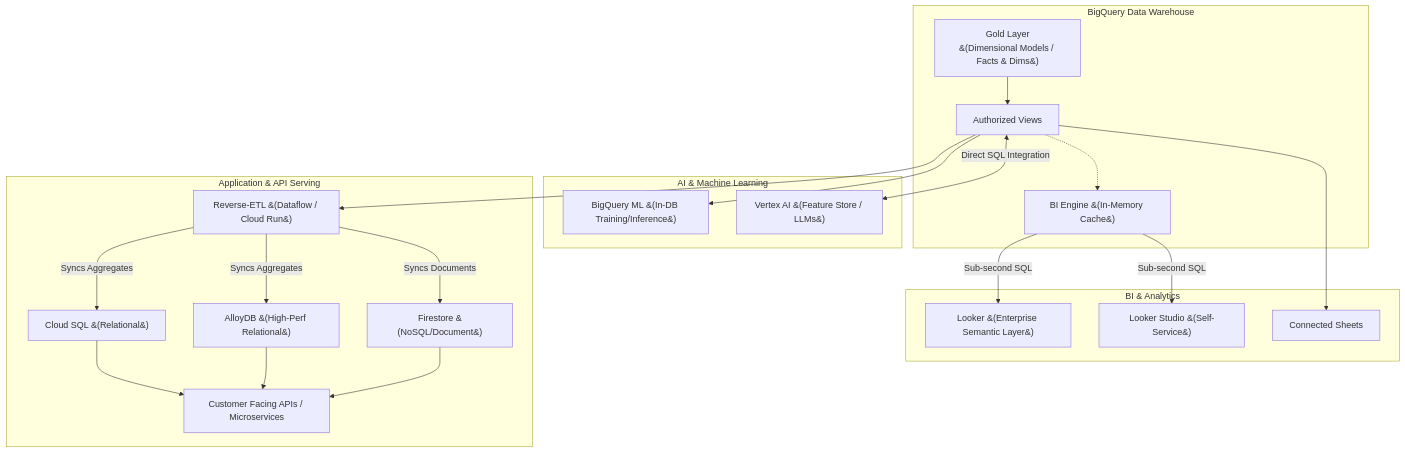
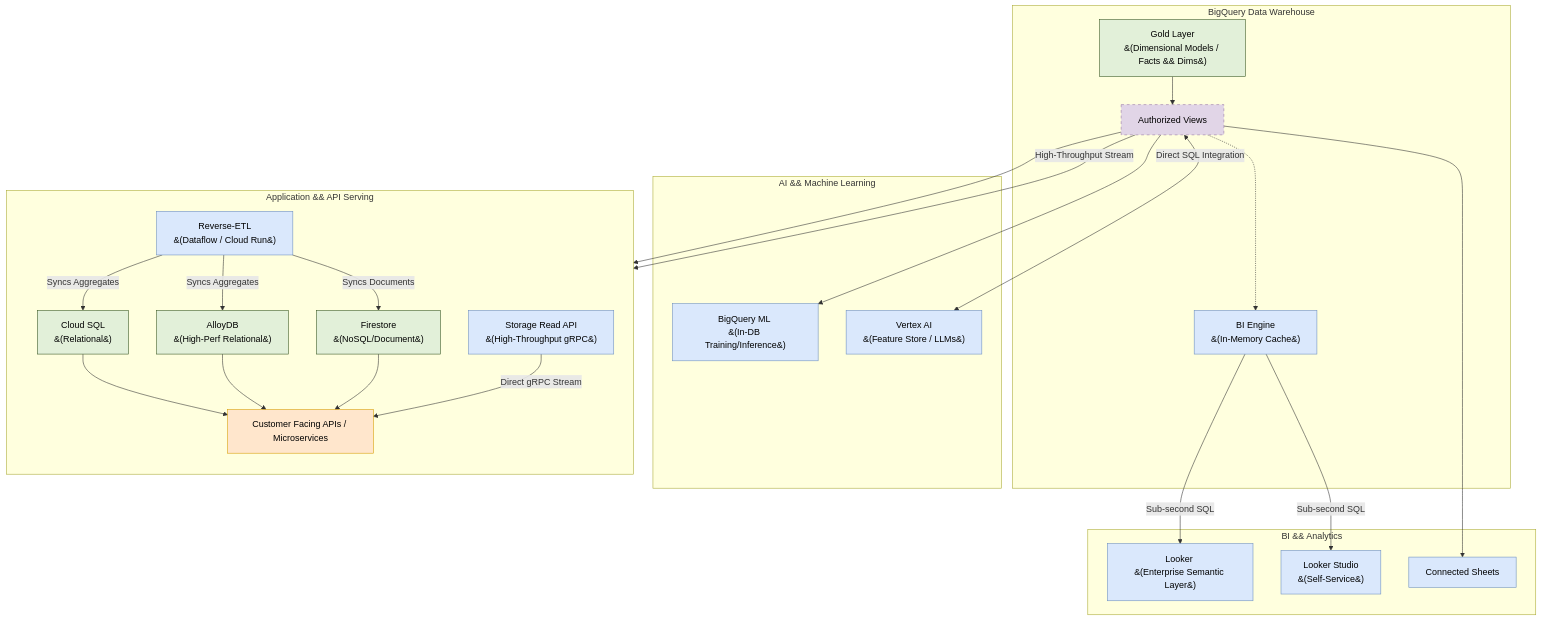
Before and after one commit to toanbui626391/data_architect: the diagram in gcp/bigquery_serving_architecture.md, drawn with Mermaid. The commit also changed other lines of this file, not shown here.

````diff
--- a/gcp/bigquery_serving_architecture.md
+++ b/gcp/bigquery_serving_architecture.md
@@ -24,44 +24,62 @@
 ```mermaid
 flowchart TD
     subgraph BQ [BigQuery Data Warehouse]
-        Gold[Gold Layer<br>&#40;Dimensional Models / Facts & Dims&#41;]
-        BI_Engine[BI Engine &#40;In-Memory Cache&#41;]
+        Gold[Gold Layer<br>&#40;Dimensional Models / Facts &#38; Dims&#41;]
+        BI_Engine[BI Engine <br>&#40;In-Memory Cache&#41;]
         AuthViews[Authorized Views]
         
         Gold --> AuthViews
         AuthViews -.-> BI_Engine
     end
 
-    subgraph BILayer [BI & Analytics]
-        Looker[Looker &#40;Enterprise Semantic Layer&#41;]
-        LookerStudio[Looker Studio &#40;Self-Service&#41;]
+    subgraph BILayer [BI &#38; Analytics]
+        Looker[Looker <br>&#40;Enterprise Semantic Layer&#41;]
+        LookerStudio[Looker Studio <br>&#40;Self-Service&#41;]
         Sheets[Connected Sheets]
         BI_Engine -->|Sub-second SQL| Looker
         BI_Engine -->|Sub-second SQL| LookerStudio
         AuthViews --> Sheets
     end
 
-    subgraph AILayer [AI & Machine Learning]
-        BQML[BigQuery ML &#40;In-DB Training/Inference&#41;]
-        Vertex[Vertex AI &#40;Feature Store / LLMs&#41;]
+    subgraph AILayer [AI &#38; Machine Learning]
+        BQML[BigQuery ML <br>&#40;In-DB Training/Inference&#41;]
+        Vertex[Vertex AI <br>&#40;Feature Store / LLMs&#41;]
         
         AuthViews --> BQML
         AuthViews <-->|Direct SQL Integration| Vertex
     end
 
-    subgraph AppLayer [Application & API Serving]
-        Dataflow[Reverse-ETL &#40;Dataflow / Cloud Run&#41;]
-        CloudSQL[Cloud SQL &#40;Relational&#41;]
-        AlloyDB[AlloyDB &#40;High-Perf Relational&#41;]
-        Firestore[Firestore &#40;NoSQL/Document&#41;]
+    subgraph AppLayer [Application &#38; API Serving]
+        direction TB
+        Dataflow[Reverse-ETL <br>&#40;Dataflow / Cloud Run&#41;]
+        CloudSQL[Cloud SQL <br>&#40;Relational&#41;]
+        AlloyDB[AlloyDB <br>&#40;High-Perf Relational&#41;]
+        Firestore[Firestore <br>&#40;NoSQL/Document&#41;]
+        StorageReadAPI[Storage Read API <br>&#40;High-Throughput gRPC&#41;]
         API[Customer Facing APIs / Microservices]
         
         AuthViews --> Dataflow
+        AuthViews -->|High-Throughput Stream| StorageReadAPI
         Dataflow -->|Syncs Aggregates| CloudSQL
         Dataflow -->|Syncs Aggregates| AlloyDB
         Dataflow -->|Syncs Documents| Firestore
         CloudSQL --> API
         AlloyDB --> API
         Firestore --> API
+        StorageReadAPI -->|Direct gRPC Stream| API
     end
+
+    %% Styling
+    classDef storage fill:#e2f0d9,stroke:#385723,stroke-width:1px,color:#000;
+    classDef process fill:#dae8fc,stroke:#6c8ebf,stroke-width:1px,color:#000;
+    classDef bus fill:#fff2cc,stroke:#d6b656,stroke-width:2px,color:#000;
+    classDef monitor fill:#f5f5f5,stroke:#666,stroke-width:1px,color:#000,stroke-dasharray: 5 5;
+    classDef alert fill:#ffe6cc,stroke:#d79b00,stroke-width:1px,color:#000;
+    classDef security fill:#e1d5e7,stroke:#9673a6,stroke-width:1px,color:#000,stroke-dasharray: 5 5;
+    classDef bad fill:#f8cecc,stroke:#b85450,stroke-width:1px,color:#000;
+
+    class Gold,CloudSQL,AlloyDB,Firestore storage;
+    class BI_Engine,Looker,LookerStudio,Sheets,BQML,Vertex,Dataflow,StorageReadAPI process;
+    class AuthViews security;
+    class API alert;
 ```
````
